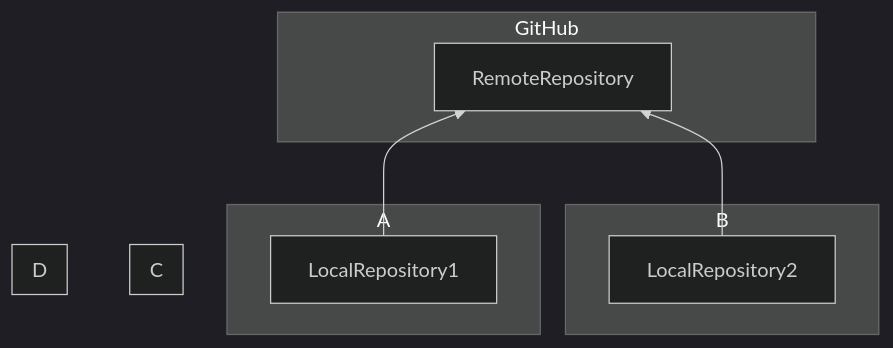
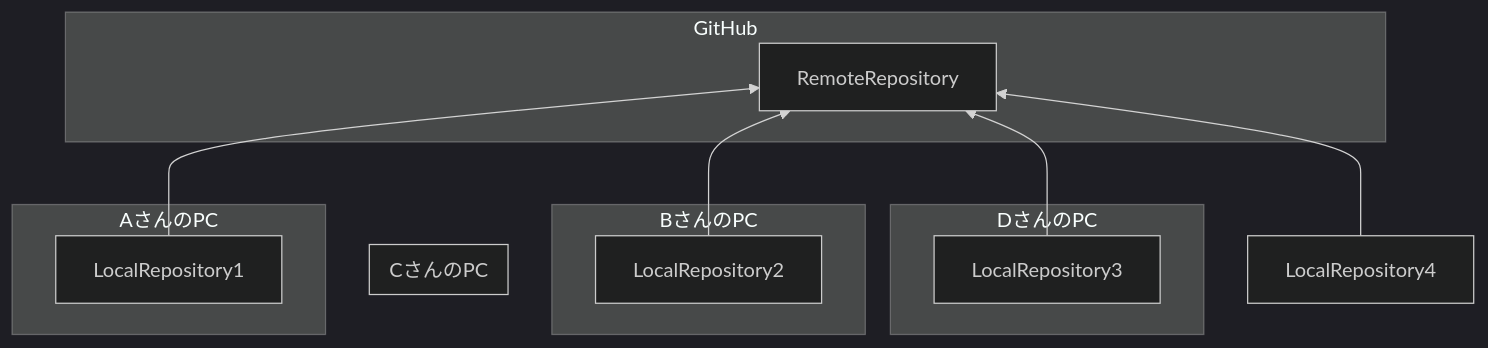
The third of 3 diagrams in README.md (okano-tomoyuki/github_introduction), drawn with Mermaid (dark theme) before and after one commit.

````diff
--- a/README.md
+++ b/README.md
@@ -114,25 +114,29 @@
 ``` mermaid
 graph BT
 
   subgraph GitHub
     RemoteRepository
   end
   
-  subgraph A 
+  subgraph AさんのPC 
     LocalRepository1
   end
   
-  subgraph B
+  subgraph BさんのPC
     LocalRepository2
   end
   
-  subgraph C
+  subgraph CさんのPC
+    LocalRepository2
   end
   
-  subgraph D
+  subgraph DさんのPC
+    LocalRepository3
   end
   
   LocalRepository1 --> RemoteRepository
   LocalRepository2 --> RemoteRepository
+  LocalRepository3 --> RemoteRepository
+  LocalRepository4 --> RemoteRepository
   
 ```
````
